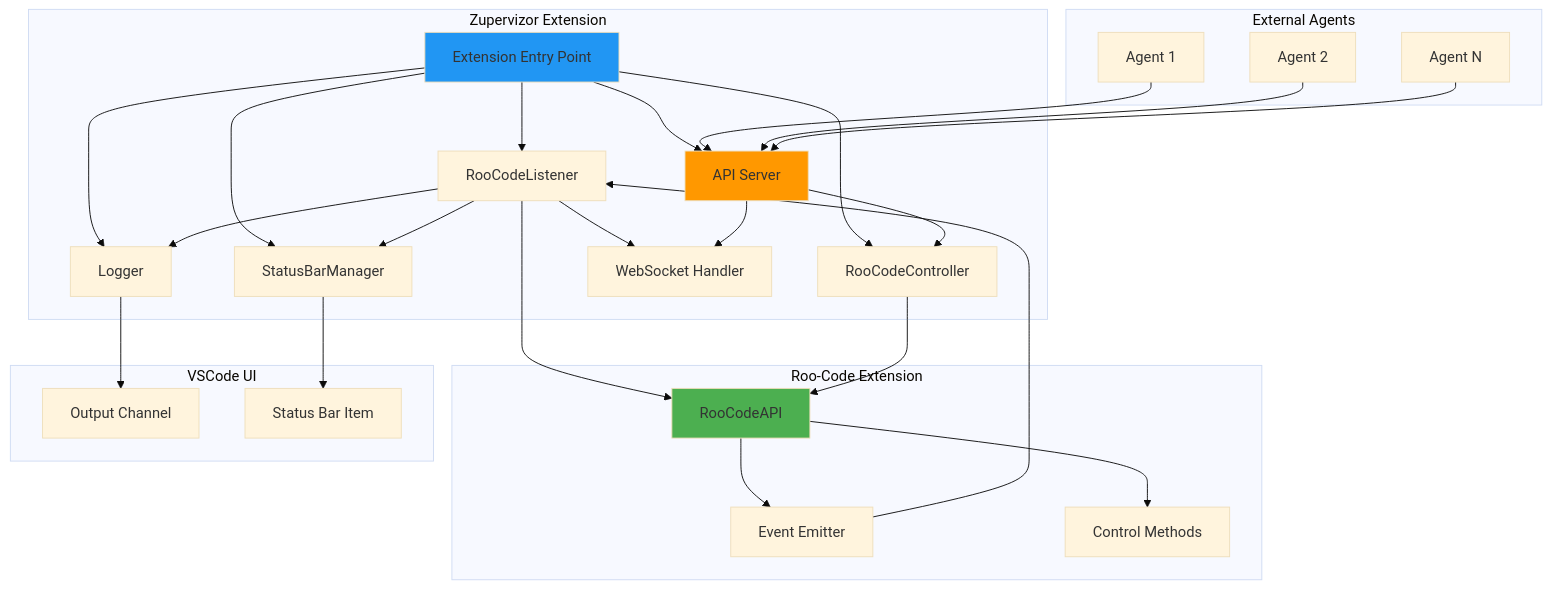
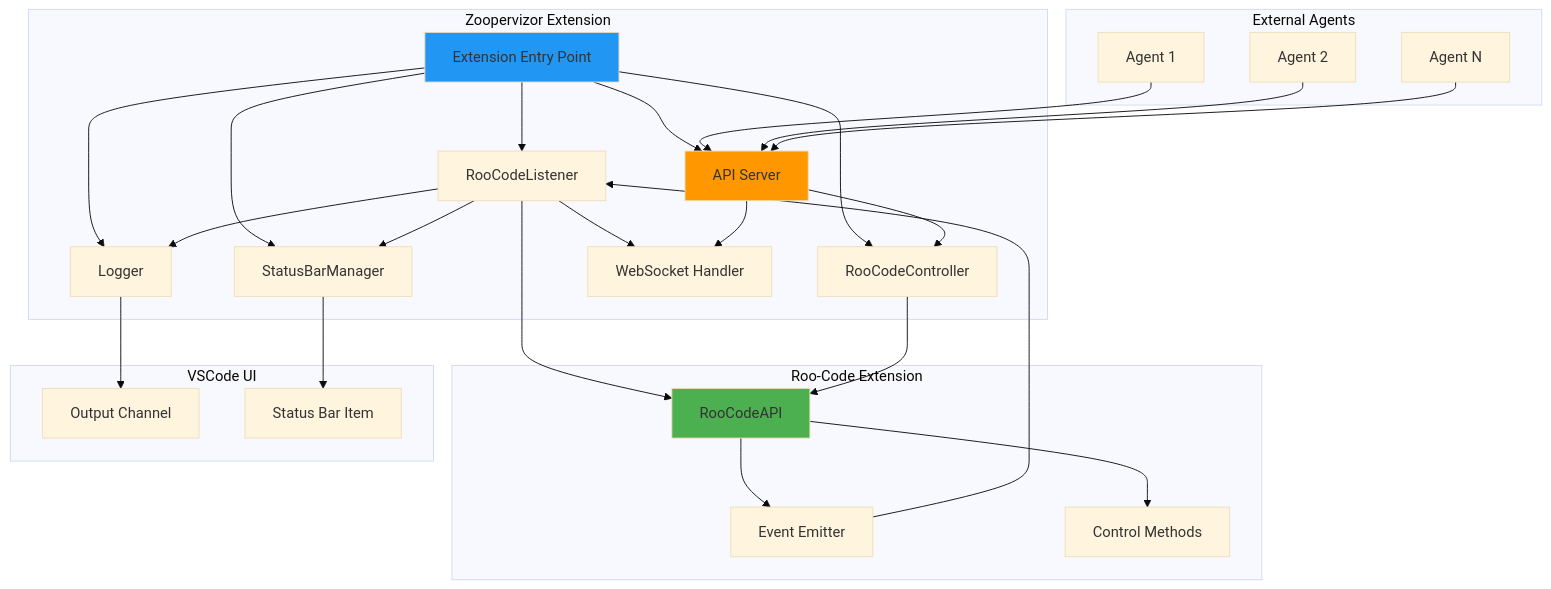
Before and after one commit to ericroliver/zoopervizor: the diagram in docs/architecture-plan.md, drawn with Mermaid (base theme). The commit also changed other lines of this file and 17 other files, not shown here.

````diff
--- a/docs/architecture-plan.md
+++ b/docs/architecture-plan.md
@@ -50,60 +50,60 @@
 ```mermaid
 graph TB
-    subgraph "Zupervizor Extension"
+    subgraph "Zoopervizor Extension"
         Ext[Extension Entry Point]
         Listener[RooCodeListener]
         Controller[RooCodeController]
         Logger[Logger]
         StatusBar[StatusBarManager]
         APIServer[API Server]
         WSHandler[WebSocket Handler]
     end
     
     subgraph "Roo-Code Extension"
         RooAPI[RooCodeAPI]
         Events[Event Emitter]
         Methods[Control Methods]
     end
     
     subgraph "External Agents"
         Agent1[Agent 1]
         Agent2[Agent 2]
         AgentN[Agent N]
     end
     
     subgraph "VSCode UI"
         Output[Output Channel]
         Status[Status Bar Item]
     end
     
     Ext --> Listener
     Ext --> Controller
     Ext --> Logger
     Ext --> StatusBar
     Ext --> APIServer
     
     Listener --> RooAPI
     Controller --> RooAPI
     
     RooAPI --> Events
     RooAPI --> Methods
     
     Events --> Listener
     Listener --> Logger
     Listener --> StatusBar
     Listener --> WSHandler
     
     Logger --> Output
     StatusBar --> Status
     
     APIServer --> WSHandler
     APIServer --> Controller
     
     Agent1 --> APIServer
     Agent2 --> APIServer
     AgentN --> APIServer
     
     style Ext fill:#2196F3
     style RooAPI fill:#4CAF50
     style APIServer fill:#FF9800
 ```
````
